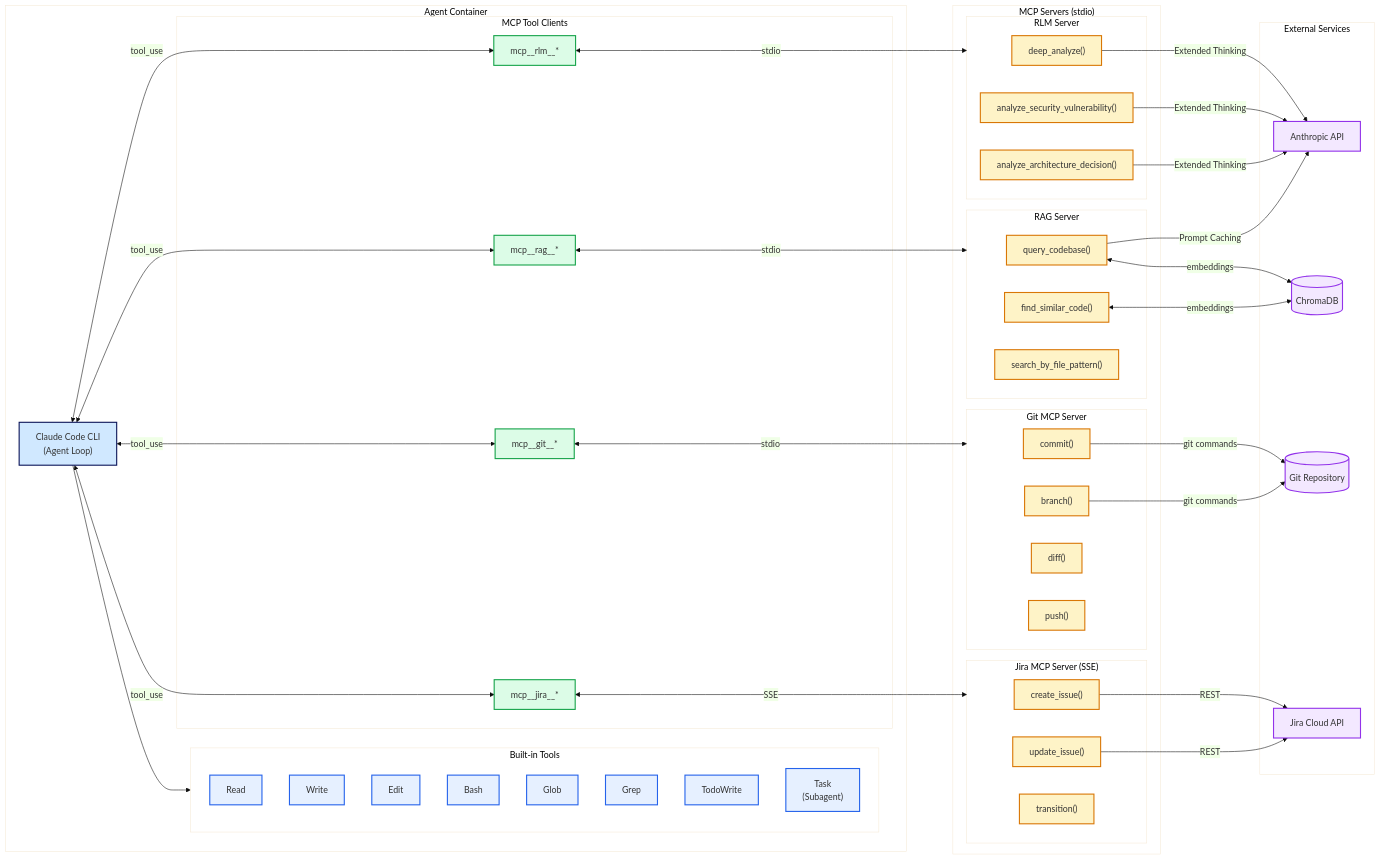
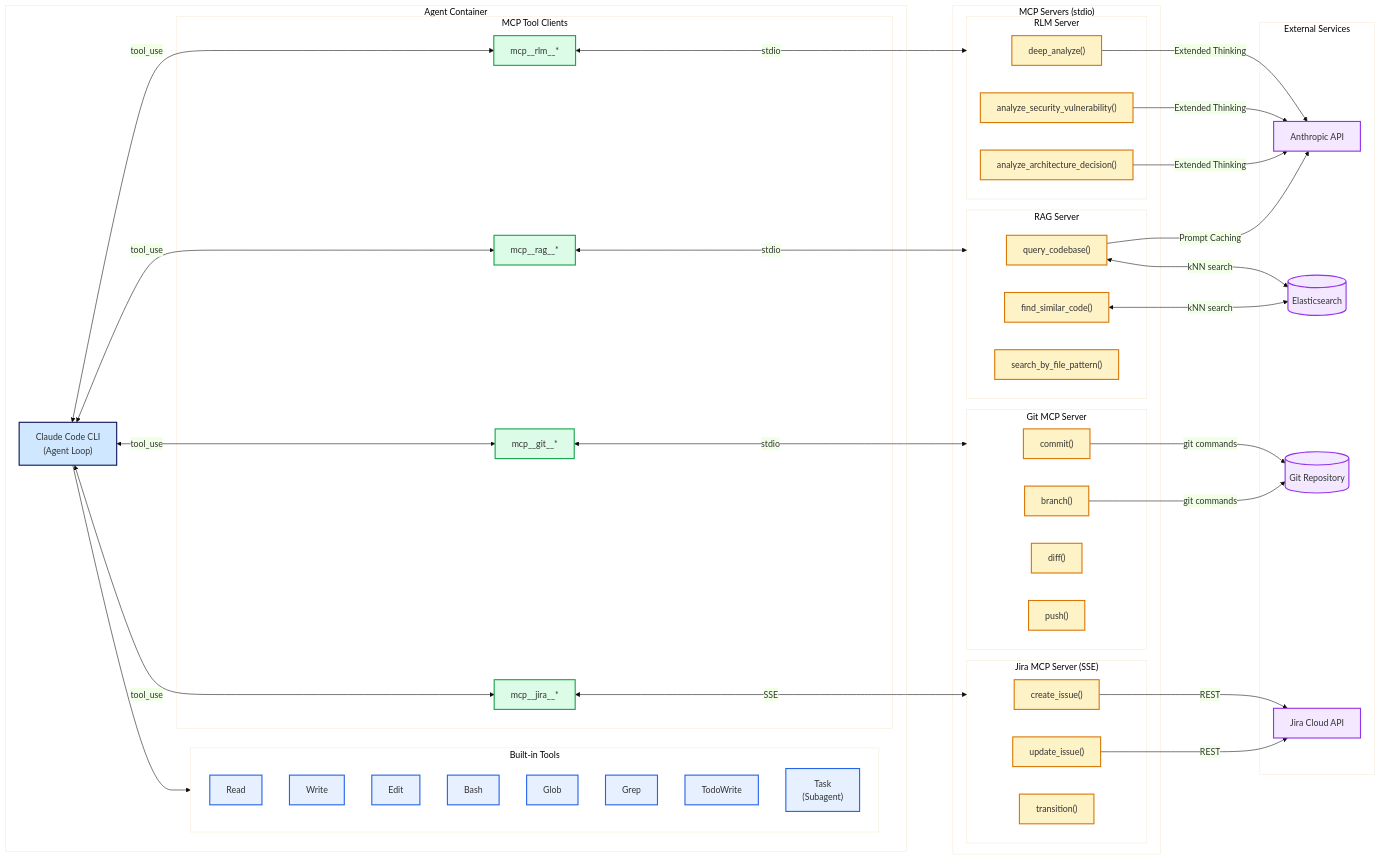
One commit to jb-612/dox-asdlc changed the diagram in docs/diagrams/10-mcp-integration.mmd. Above: the diagram before and after it, drawn with Mermaid. The commit also changed 23 other files, not shown here.

First line of the commit message:
chore: Remove ChromaDB, use Elasticsearch as sole vector backend

```diff
--- a/docs/diagrams/10-mcp-integration.mmd
+++ b/docs/diagrams/10-mcp-integration.mmd
@@ -1,101 +1,101 @@
 %%{init: {'theme': 'base', 'themeVariables': { 'primaryColor': '#E6F0FF'}}}%%
 
 flowchart LR
     subgraph AgentContainer["Agent Container"]
         Agent["Claude Code CLI\n(Agent Loop)"]
 
         subgraph BuiltIn["Built-in Tools"]
             Read["Read"]
             Write["Write"]
             Edit["Edit"]
             Bash["Bash"]
             Glob["Glob"]
             Grep["Grep"]
             Todo["TodoWrite"]
             Task["Task\n(Subagent)"]
         end
 
         subgraph MCPClients["MCP Tool Clients"]
             RLMClient["mcp__rlm__*"]
             RAGClient["mcp__rag__*"]
             GitClient["mcp__git__*"]
             JiraClient["mcp__jira__*"]
         end
     end
 
     subgraph MCPServers["MCP Servers (stdio)"]
         subgraph RLMServer["RLM Server"]
             DeepAnalyze["deep_analyze()"]
             SecurityAnalyze["analyze_security_vulnerability()"]
             ArchDecision["analyze_architecture_decision()"]
         end
 
         subgraph RAGServer["RAG Server"]
             QueryCode["query_codebase()"]
             FindSimilar["find_similar_code()"]
             SearchFiles["search_by_file_pattern()"]
         end
 
         subgraph GitServer["Git MCP Server"]
             Commit["commit()"]
             Branch["branch()"]
             Diff["diff()"]
             Push["push()"]
         end
 
         subgraph JiraServer["Jira MCP Server (SSE)"]
             CreateIssue["create_issue()"]
             UpdateIssue["update_issue()"]
             Transition["transition()"]
         end
     end
 
     subgraph External["External Services"]
         Anthropic["Anthropic API"]
-        ChromaDB[("ChromaDB")]
+        Elasticsearch[("Elasticsearch")]
         GitRepo[("Git Repository")]
         JiraAPI["Jira Cloud API"]
     end
 
     %% Agent to built-in
     Agent --> BuiltIn
 
     %% Agent to MCP clients
     Agent <-->|"tool_use"| RLMClient
     Agent <-->|"tool_use"| RAGClient
     Agent <-->|"tool_use"| GitClient
     Agent <-->|"tool_use"| JiraClient
 
     %% MCP client to server (stdio)
     RLMClient <-->|"stdio"| RLMServer
     RAGClient <-->|"stdio"| RAGServer
     GitClient <-->|"stdio"| GitServer
     JiraClient <-->|"SSE"| JiraServer
 
     %% Server to external
     DeepAnalyze -->|"Extended Thinking"| Anthropic
     SecurityAnalyze -->|"Extended Thinking"| Anthropic
     ArchDecision -->|"Extended Thinking"| Anthropic
 
     QueryCode -->|"Prompt Caching"| Anthropic
-    QueryCode <-->|"embeddings"| ChromaDB
-    FindSimilar <-->|"embeddings"| ChromaDB
+    QueryCode <-->|"kNN search"| Elasticsearch
+    FindSimilar <-->|"kNN search"| Elasticsearch
 
     Commit -->|"git commands"| GitRepo
     Branch -->|"git commands"| GitRepo
 
     CreateIssue -->|"REST"| JiraAPI
     UpdateIssue -->|"REST"| JiraAPI
 
     %% Styling
     classDef agent fill:#D0E8FF,stroke:#0b1559,stroke-width:2px
     classDef builtin fill:#E6F0FF,stroke:#2563eb,stroke-width:2px
     classDef mcpclient fill:#DCFCE7,stroke:#16a34a,stroke-width:2px
     classDef mcpserver fill:#FEF3C7,stroke:#d97706,stroke-width:2px
     classDef external fill:#F3E8FF,stroke:#9333ea,stroke-width:2px
 
     class Agent agent
     class Read,Write,Edit,Bash,Glob,Grep,Todo,Task builtin
     class RLMClient,RAGClient,GitClient,JiraClient mcpclient
     class DeepAnalyze,SecurityAnalyze,ArchDecision,QueryCode,FindSimilar,SearchFiles,Commit,Branch,Diff,Push,CreateIssue,UpdateIssue,Transition mcpserver
-    class Anthropic,ChromaDB,GitRepo,JiraAPI external
+    class Anthropic,Elasticsearch,GitRepo,JiraAPI external
```
